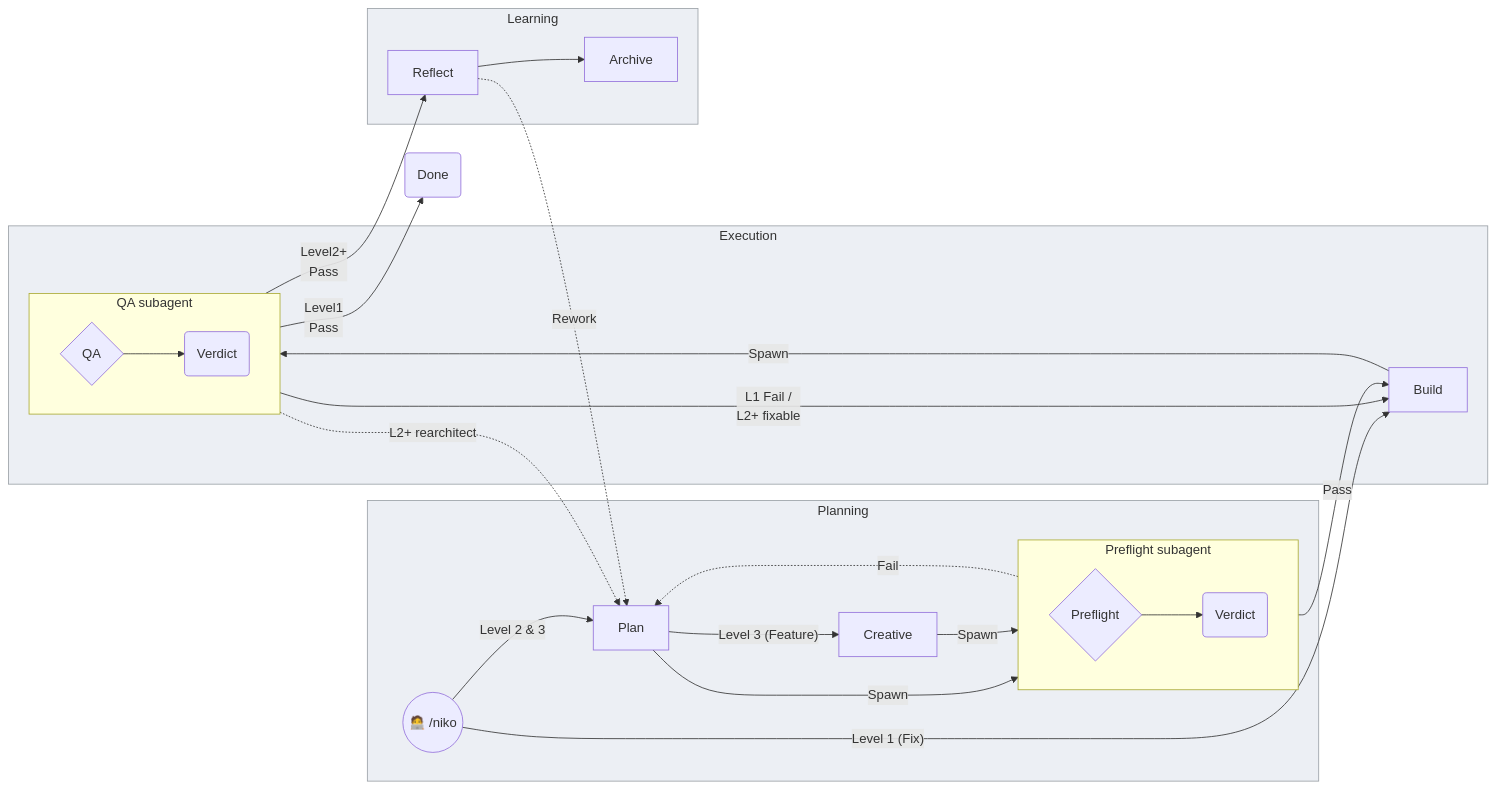
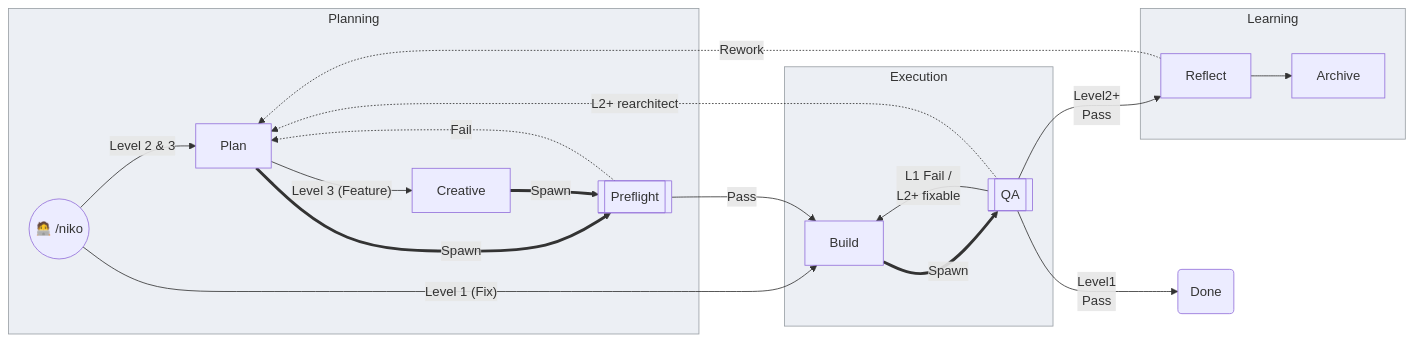
The second of 6 diagrams in rulesets/niko/README.md (Texarkanine/.cursor-rules), drawn with Mermaid before and after one commit. The commit also changed other lines of this file and 21 other files, not shown here.

Commit message:
fix(niko): readable Spawn charts via Mermaid subprocess encoding (#109)

````diff
--- a/rulesets/niko/README.md
+++ b/rulesets/niko/README.md
@@ -93,45 +85,37 @@
 ```mermaid
 flowchart LR
 	Niko(("🧑‍💻 /niko"))
 	Archive["Archive"]
 
 	subgraph Planning
 		Plan["Plan"]
 		Creative["Creative"]
 		Niko -- "Level 2 & 3" --> Plan
 		Plan -- "Level 3 (Feature)" --> Creative
-		Plan --Spawn--> NikoPreflight
-		Creative --Spawn--> NikoPreflight
-		subgraph PreflightSubagent["Preflight subagent"]
-			direction LR
-			NikoPreflight{"Preflight"} --> PreflightVerdict("Verdict")
-		end
-		PreflightVerdict -.->|"Fail"| Plan
+		Plan ==Spawn==> NikoPreflight[["Preflight"]]
+		Creative ==Spawn==> NikoPreflight
+		NikoPreflight -.->|"Fail"| Plan
 	end
 
 	Niko -- "Level 1 (Fix)" --> Build
-	PreflightVerdict -->|"Pass"| Build
+	NikoPreflight -->|"Pass"| Build
 
 	subgraph Execution
 		Build["Build"]
-		Build --Spawn--> NikoQA
-		subgraph QASubagent["QA subagent"]
-			direction LR
-			NikoQA{"QA"} --> QAVerdict("Verdict")
-		end
+		Build ==Spawn==> NikoQA[["QA"]]
 	end
 
-	QAVerdict -->|"L1 Fail /<br>L2+ fixable"| Build
-	QAVerdict -.->|"L2+ rearchitect"| Plan
-	QAVerdict -->|"Level1<br>Pass"| Done("Done")
-	QAVerdict -->|"Level2+<br>Pass"| Reflect
+	NikoQA -->|"L1 Fail /<br>L2+ fixable"| Build
+	NikoQA -.->|"L2+ rearchitect"| Plan
+	NikoQA -->|"Level1<br>Pass"| Done("Done")
+	NikoQA -->|"Level2+<br>Pass"| Reflect
 
 	subgraph Learning
 		Reflect["Reflect"]
 		Reflect -.->|"Rework"| Plan
 		Reflect --> Archive
 	end
 
 	classDef ideology fill:#eceff4,stroke:#9aa0a6,color:#333
 	class Planning,Execution,Learning ideology
 ```
````
